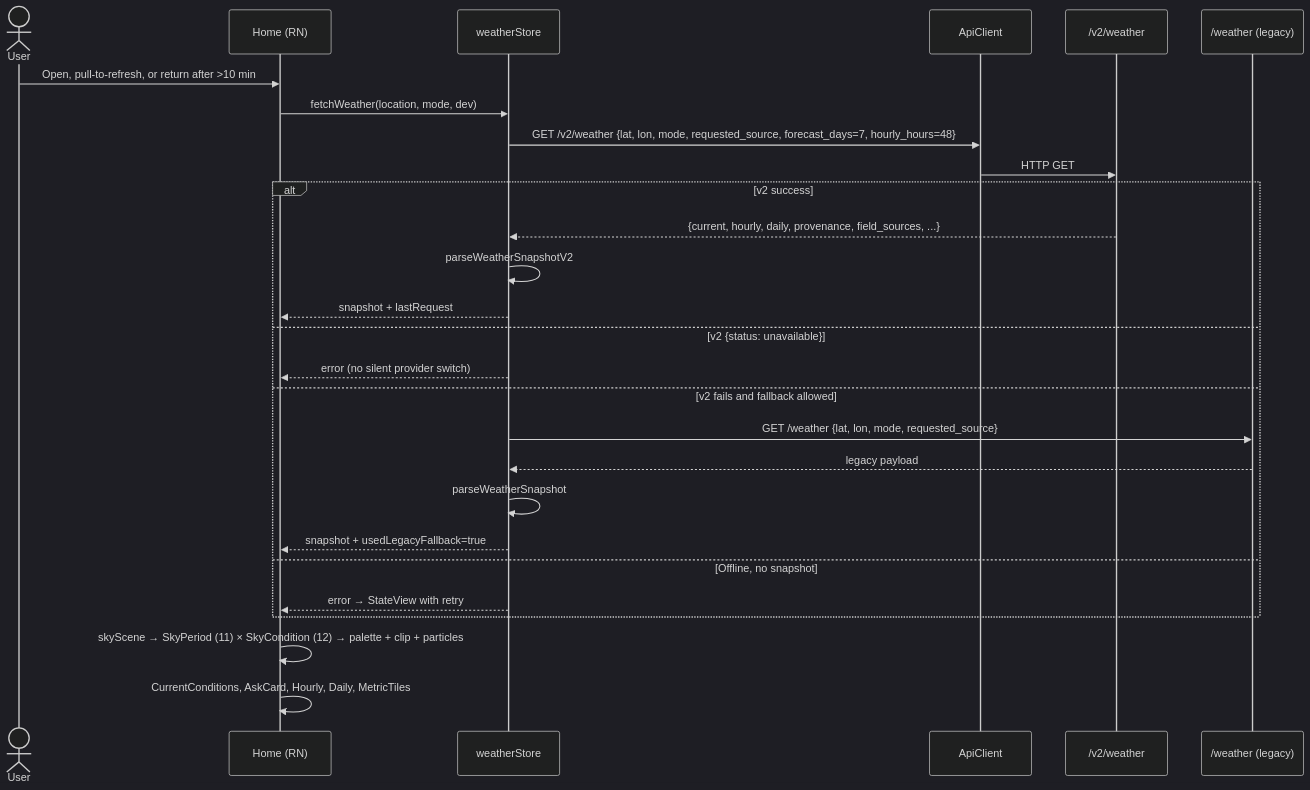
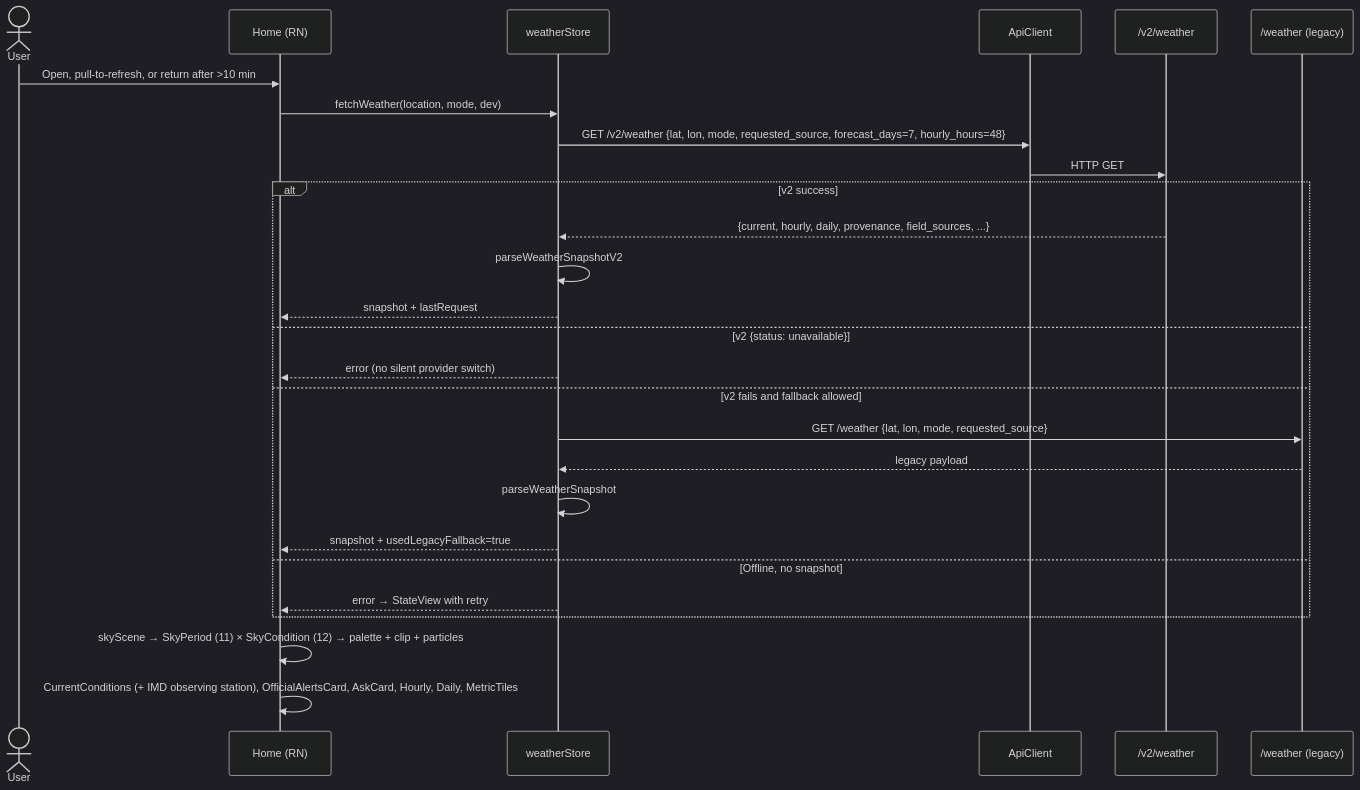
The fourth of 7 diagrams in ARCHITECTURE.md (omsenjalia/weathergpt-app), drawn with Mermaid (dark theme) before and after one commit. The commit also changed other lines of this file and 26 other files, not shown here.

First line of the commit message:
Use the unified backend; show official IMD/NDMA warnings and IMD observations (#39)

````diff
--- a/ARCHITECTURE.md
+++ b/ARCHITECTURE.md
@@ -472,32 +446,32 @@
 ```mermaid
 sequenceDiagram
     actor User
     participant App as Home (RN)
     participant Store as weatherStore
     participant Client as ApiClient
     participant APIv2 as /v2/weather
     participant API as /weather (legacy)
 
     User->>App: Open, pull-to-refresh, or return after >10 min
     App->>Store: fetchWeather(location, mode, dev)
     Store->>Client: GET /v2/weather {lat, lon, mode, requested_source, forecast_days=7, hourly_hours=48}
     Client->>APIv2: HTTP GET
 
     alt v2 success
         APIv2-->>Store: {current, hourly, daily, provenance, field_sources, ...}
         Store->>Store: parseWeatherSnapshotV2
         Store-->>App: snapshot + lastRequest
     else v2 {status: unavailable}
         Store-->>App: error (no silent provider switch)
     else v2 fails and fallback allowed
         Store->>API: GET /weather {lat, lon, mode, requested_source}
         API-->>Store: legacy payload
         Store->>Store: parseWeatherSnapshot
         Store-->>App: snapshot + usedLegacyFallback=true
     else Offline, no snapshot
         Store-->>App: error → StateView with retry
     end
 
     App->>App: skyScene → SkyPeriod (11) × SkyCondition (12) → palette + clip + particles
-    App->>App: CurrentConditions, AskCard, Hourly, Daily, MetricTiles
+    App->>App: CurrentConditions (+ IMD observing station), OfficialAlertsCard, AskCard, Hourly, Daily, MetricTiles
 ```
````
